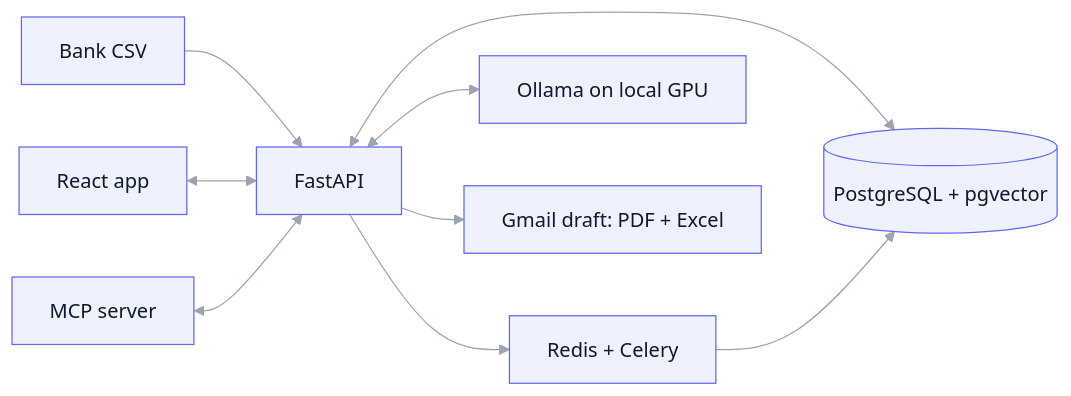
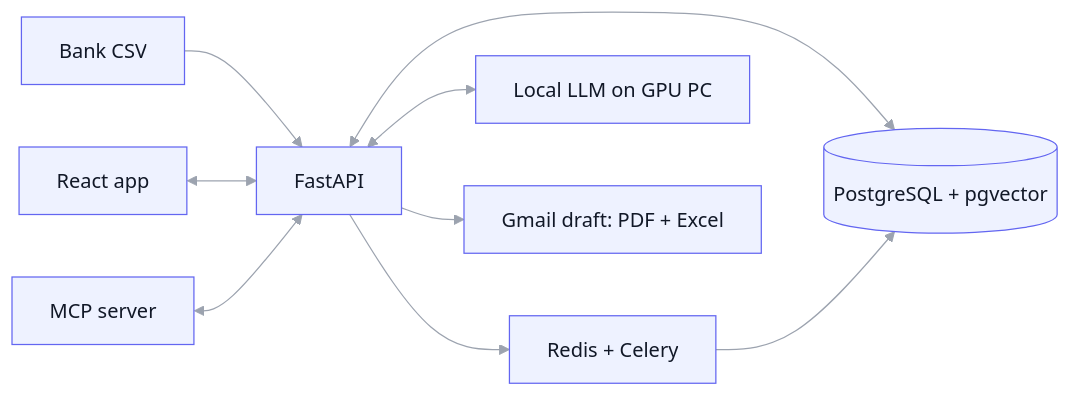
The diagram in README.md (igorkotlarz1/skarbonka), drawn with Mermaid before and after one commit. The commit also changed other lines of this file and 6 other files, not shown here.

First line of the commit message:
docs: home server architecture (OptiPlex, Tailscale, local-only LLM)

````diff
--- a/README.md
+++ b/README.md
@@ -30,13 +31,13 @@
 ```mermaid
 %%{init: {'theme': 'base', 'themeVariables': {'background': '#ffffff', 'primaryColor': '#eef2ff', 'primaryTextColor': '#111827', 'primaryBorderColor': '#6366f1', 'lineColor': '#9ca3af', 'edgeLabelBackground': '#ffffff'}}}%%
 flowchart LR
     classDef node fill:#eef2ff,stroke:#6366f1,color:#111827
     CSV[Bank CSV] --> API[FastAPI]
     UI[React app] <--> API
     API <--> DB[(PostgreSQL + pgvector)]
     API --> Q[Redis + Celery]
     Q --> DB
-    API <--> LLM[Ollama on local GPU]
+    API <--> LLM[Local LLM on GPU PC]
     MCP[MCP server] <--> API
     API --> Mail[Gmail draft: PDF + Excel]
 ```
````
